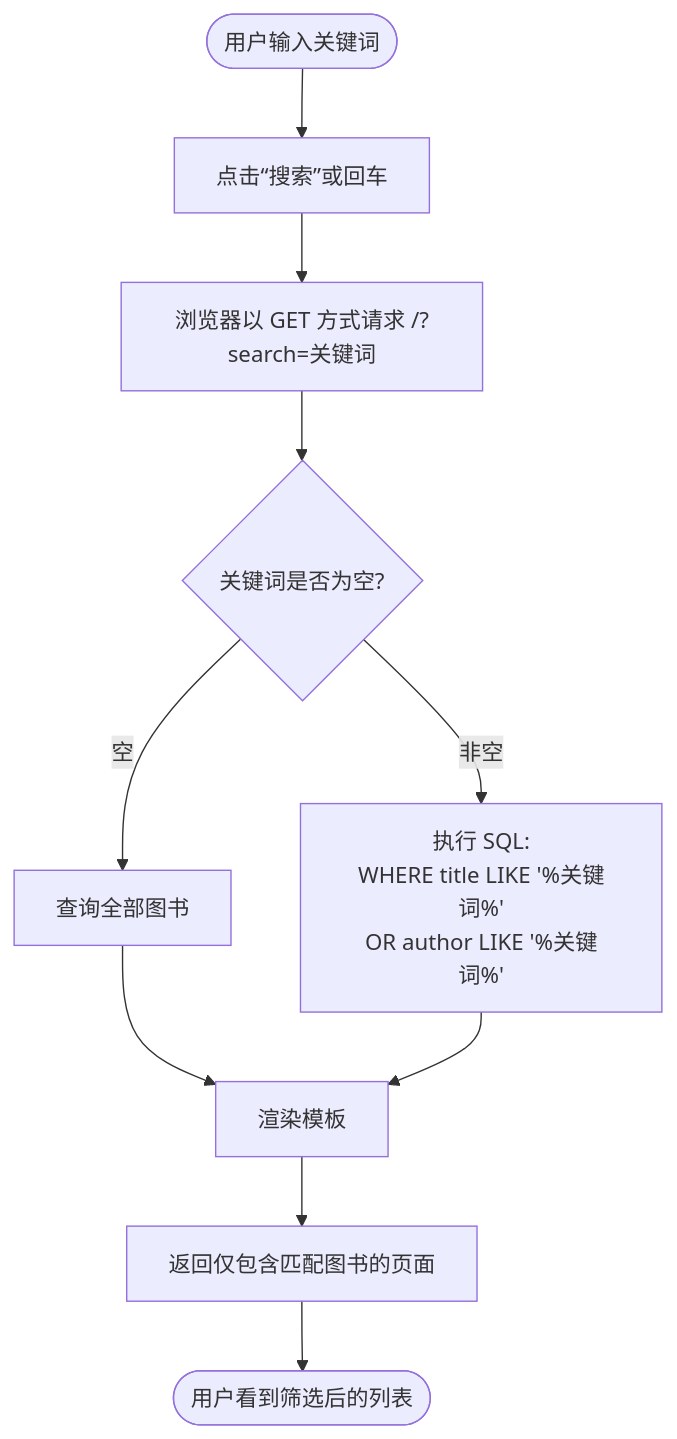
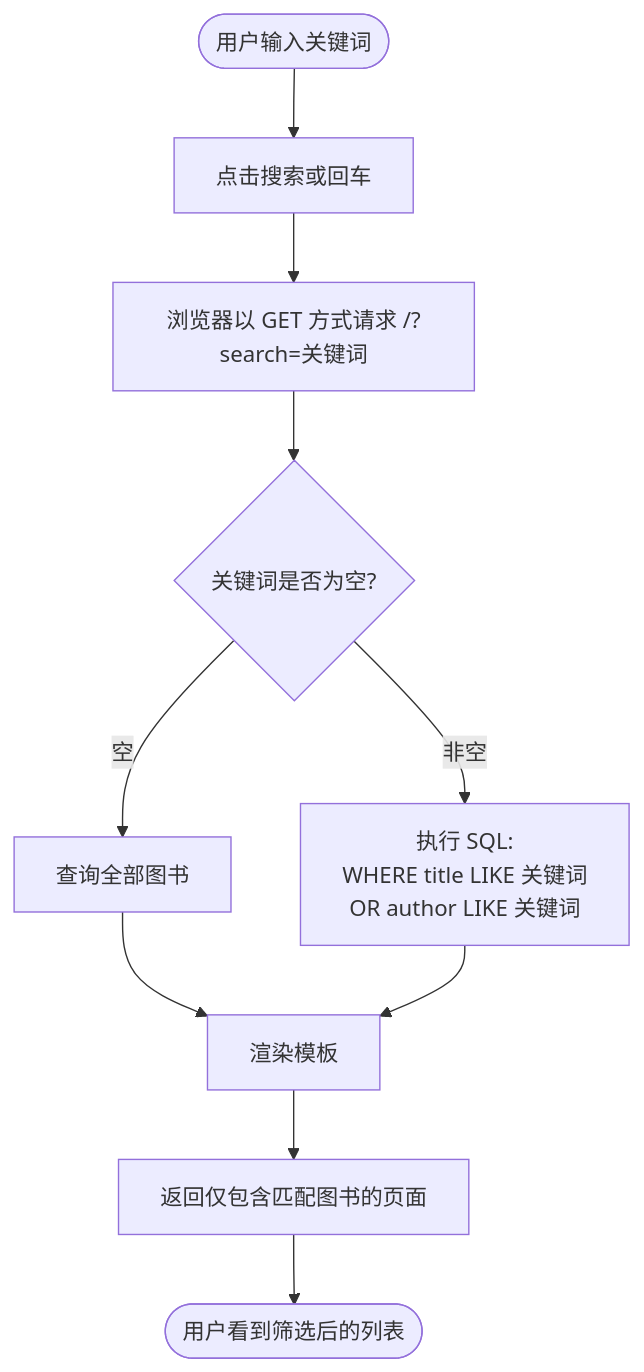
The sixth of 12 diagrams in docs/requirements/业务流程图.md (immortal-water/iw_book_manager), drawn with Mermaid before and after one commit. The commit also changed other lines of this file and 4 other files, not shown here.

````diff
--- a/docs/requirements/业务流程图.md
+++ b/docs/requirements/业务流程图.md
@@ -96,12 +166,12 @@
 ```mermaid
 flowchart TD
-    Start([用户输入关键词]) --> Submit[点击“搜索”或回车]
+    Start([用户输入关键词]) --> Submit[点击搜索或回车]
     Submit --> Request[浏览器以 GET 方式请求 /?search=关键词]
     Request --> Backend{关键词是否为空?}
     Backend -->|空| All[查询全部图书]
-    Backend -->|非空| Filter[执行 SQL:<br/>WHERE title LIKE '%关键词%'<br/>OR author LIKE '%关键词%']
+    Backend -->|非空| Filter[执行 SQL:<br/>WHERE title LIKE 关键词<br/>OR author LIKE 关键词]
     All --> Render[渲染模板]
     Filter --> Render
     Render --> Result[返回仅包含匹配图书的页面]
     Result --> End([用户看到筛选后的列表])
 ```
````
